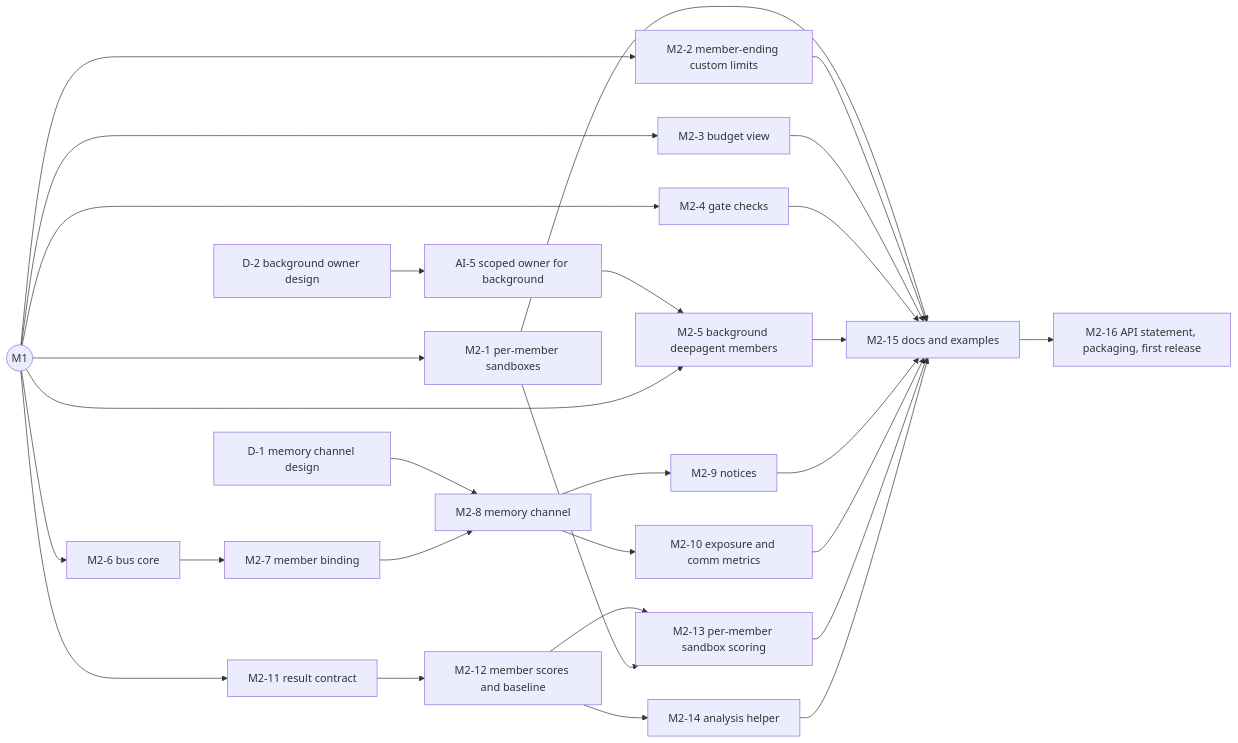
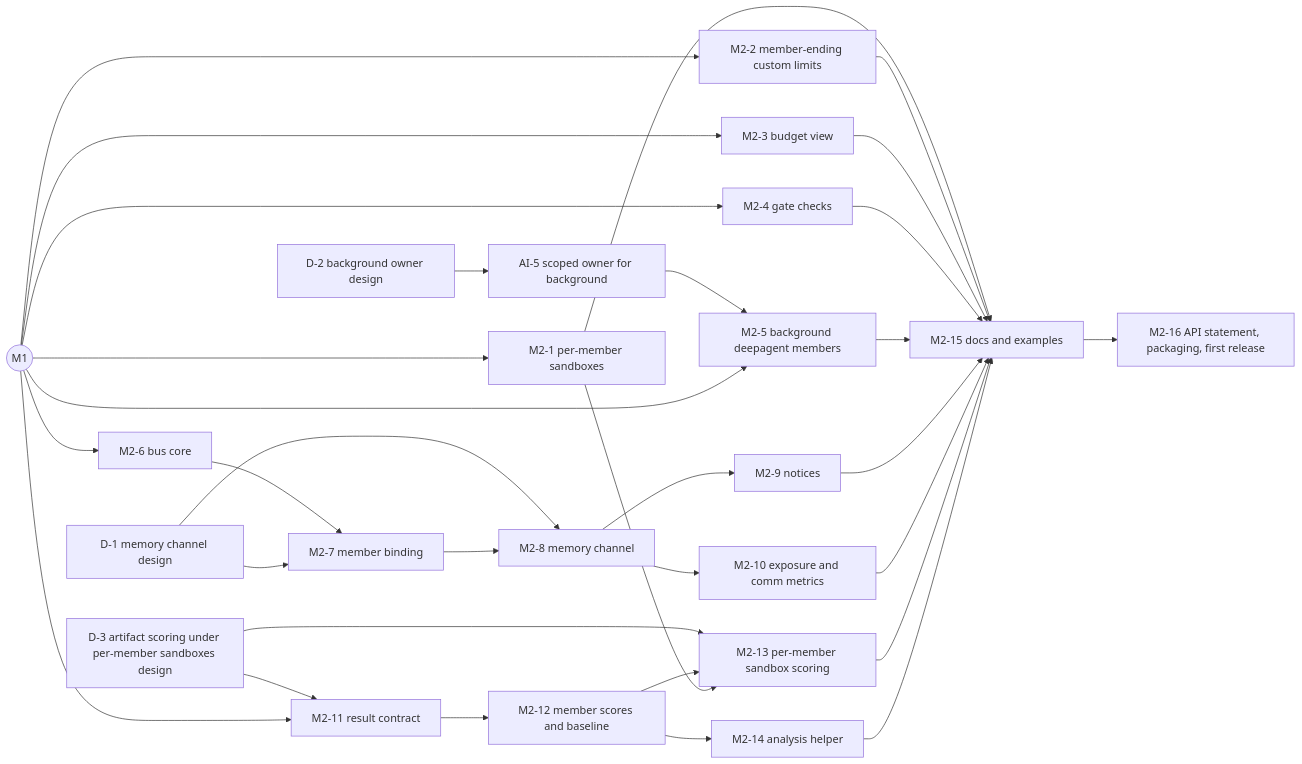
Before and after one commit to meridianlabs-ai/inspect_swarm: the second of 2 diagrams in design/swarm-implementation-plan.md, drawn with Mermaid. The commit also changed other lines of this file, not shown here.

First line of the commit message:
docs: plan design gates for the board's descendants and per-member artifact scoring

````diff
--- a/design/swarm-implementation-plan.md
+++ b/design/swarm-implementation-plan.md
@@ -262,23 +262,26 @@
 ```mermaid
 flowchart LR
   M1((M1)) --> M2_1[M2-1 per-member sandboxes]
   M1 --> M2_2[M2-2 member-ending custom limits]
   M1 --> M2_3[M2-3 budget view]
   M1 --> M2_4[M2-4 gate checks]
   D2[D-2 background owner design] --> AI5[AI-5 scoped owner for background]
   AI5 --> M2_5[M2-5 background deepagent members]
   M1 --> M2_5
   M1 --> M2_6[M2-6 bus core]
   M2_6 --> M2_7[M2-7 member binding]
-  D1[D-1 memory channel design] --> M2_8
+  D1[D-1 memory channel design] --> M2_7
+  D1 --> M2_8
   M2_7 --> M2_8[M2-8 memory channel]
   M2_8 --> M2_9[M2-9 notices]
   M2_8 --> M2_10[M2-10 exposure and comm metrics]
+  D3[D-3 artifact scoring under per-member sandboxes design] --> M2_11
   M1 --> M2_11[M2-11 result contract]
+  D3 --> M2_13
   M2_11 --> M2_12[M2-12 member scores and baseline]
   M2_12 --> M2_13[M2-13 per-member sandbox scoring]
   M2_1 --> M2_13
   M2_12 --> M2_14[M2-14 analysis helper]
   M2_1 & M2_2 & M2_3 & M2_4 & M2_5 & M2_9 & M2_10 & M2_13 & M2_14 --> M2_15[M2-15 docs and examples]
   M2_15 --> M2_16[M2-16 API statement, packaging, first release]
 ```
````
